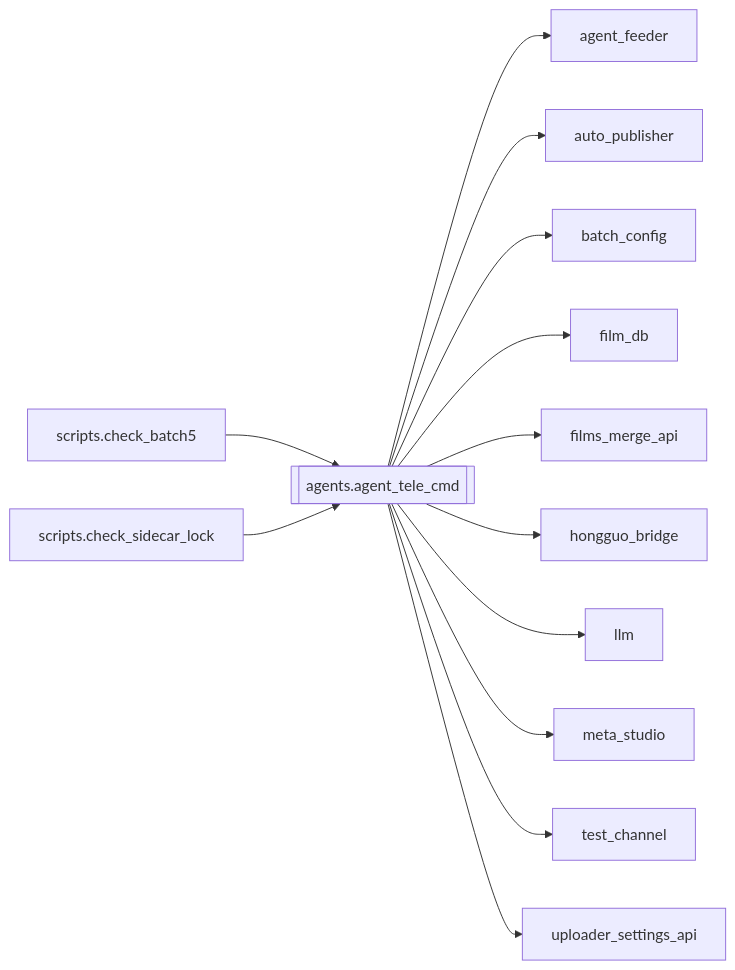
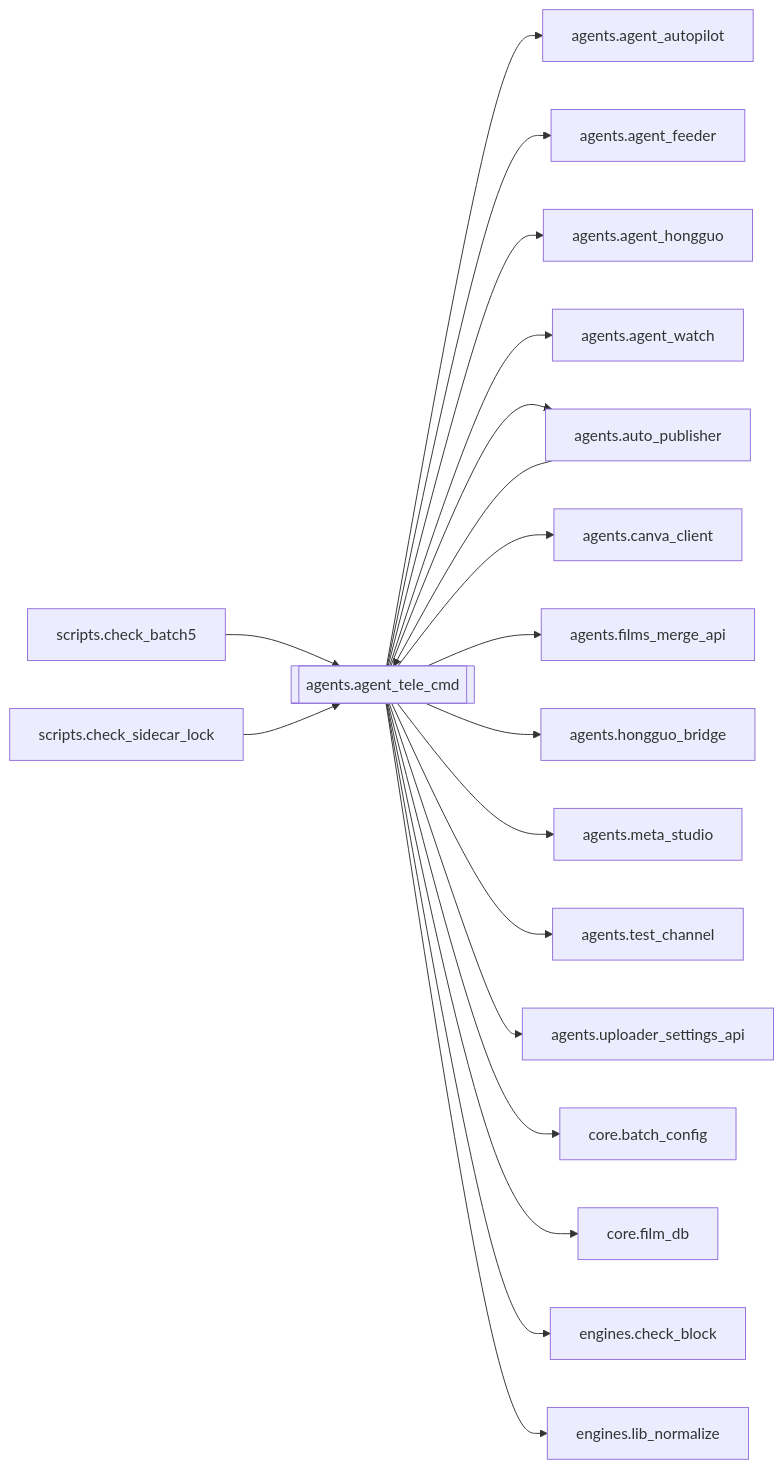
The diagram in docs/brain/modules/agents.agent_tele_cmd.md (kjza178/PinelineV5), drawn with Mermaid before and after one commit. The commit also changed other lines of this file and 227 other files, not shown here.

````diff
--- a/docs/brain/modules/agents.agent_tele_cmd.md
+++ b/docs/brain/modules/agents.agent_tele_cmd.md
@@ -19,16 +18,22 @@
 ```mermaid
 flowchart LR
   agents_agent_tele_cmd[[agents.agent_tele_cmd]]
+  agents_auto_publisher[agents.auto_publisher] --> agents_agent_tele_cmd
   scripts_check_batch5[scripts.check_batch5] --> agents_agent_tele_cmd
   scripts_check_sidecar_lock[scripts.check_sidecar_lock] --> agents_agent_tele_cmd
-  agents_agent_tele_cmd --> agent_feeder[agent_feeder]
-  agents_agent_tele_cmd --> auto_publisher[auto_publisher]
-  agents_agent_tele_cmd --> batch_config[batch_config]
-  agents_agent_tele_cmd --> film_db[film_db]
-  agents_agent_tele_cmd --> films_merge_api[films_merge_api]
-  agents_agent_tele_cmd --> hongguo_bridge[hongguo_bridge]
-  agents_agent_tele_cmd --> llm[llm]
-  agents_agent_tele_cmd --> meta_studio[meta_studio]
-  agents_agent_tele_cmd --> test_channel[test_channel]
-  agents_agent_tele_cmd --> uploader_settings_api[uploader_settings_api]
+  agents_agent_tele_cmd --> agents_agent_autopilot[agents.agent_autopilot]
+  agents_agent_tele_cmd --> agents_agent_feeder[agents.agent_feeder]
+  agents_agent_tele_cmd --> agents_agent_hongguo[agents.agent_hongguo]
+  agents_agent_tele_cmd --> agents_agent_watch[agents.agent_watch]
+  agents_agent_tele_cmd --> agents_auto_publisher[agents.auto_publisher]
+  agents_agent_tele_cmd --> agents_canva_client[agents.canva_client]
+  agents_agent_tele_cmd --> agents_films_merge_api[agents.films_merge_api]
+  agents_agent_tele_cmd --> agents_hongguo_bridge[agents.hongguo_bridge]
+  agents_agent_tele_cmd --> agents_meta_studio[agents.meta_studio]
+  agents_agent_tele_cmd --> agents_test_channel[agents.test_channel]
+  agents_agent_tele_cmd --> agents_uploader_settings_api[agents.uploader_settings_api]
+  agents_agent_tele_cmd --> core_batch_config[core.batch_config]
+  agents_agent_tele_cmd --> core_film_db[core.film_db]
+  agents_agent_tele_cmd --> engines_check_block[engines.check_block]
+  agents_agent_tele_cmd --> engines_lib_normalize[engines.lib_normalize]
 ```
````
